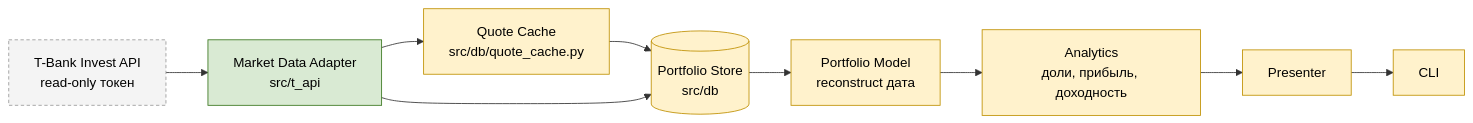
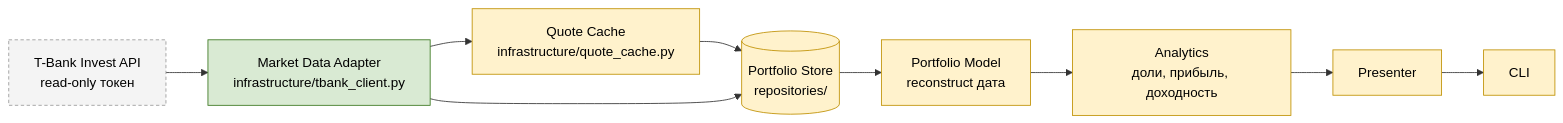
The first of 15 diagrams in docs/arch/logic_arch.md (alexande-popov/T-I), drawn with Mermaid before and after one commit. The commit also changed other lines of this file and 3 other files, not shown here.

````diff
--- a/docs/arch/logic_arch.md
+++ b/docs/arch/logic_arch.md
@@ -309,24 +372,24 @@
 ```mermaid
 flowchart LR
     API["T-Bank Invest API<br/>read-only токен"]
-    MDA["Market Data Adapter<br/>src/t_api"]
-    QC["Quote Cache<br/>src/db/quote_cache.py"]
-    PS[("Portfolio Store<br/>src/db")]
+    MDA["Market Data Adapter<br/>infrastructure/tbank_client.py"]
+    QC["Quote Cache<br/>infrastructure/quote_cache.py"]
+    PS[("Portfolio Store<br/>repositories/")]
     PM["Portfolio Model<br/>reconstruct дата"]
     AN["Analytics<br/>доли, прибыль, доходность"]
     PR["Presenter"]
     CLI["CLI"]
 
     API --> MDA
     MDA --> QC --> PS
     MDA --> PS
     PS --> PM --> AN --> PR --> CLI
 
     classDef have fill:#d9ead3,stroke:#38761d,color:#000
     classDef build fill:#fff2cc,stroke:#bf9000,color:#000
     classDef ext fill:#f4f4f4,stroke:#999,color:#000,stroke-dasharray:4 3
 
     class API ext
     class MDA have
     class QC,PS,PM,AN,PR,CLI build
 ```
````
